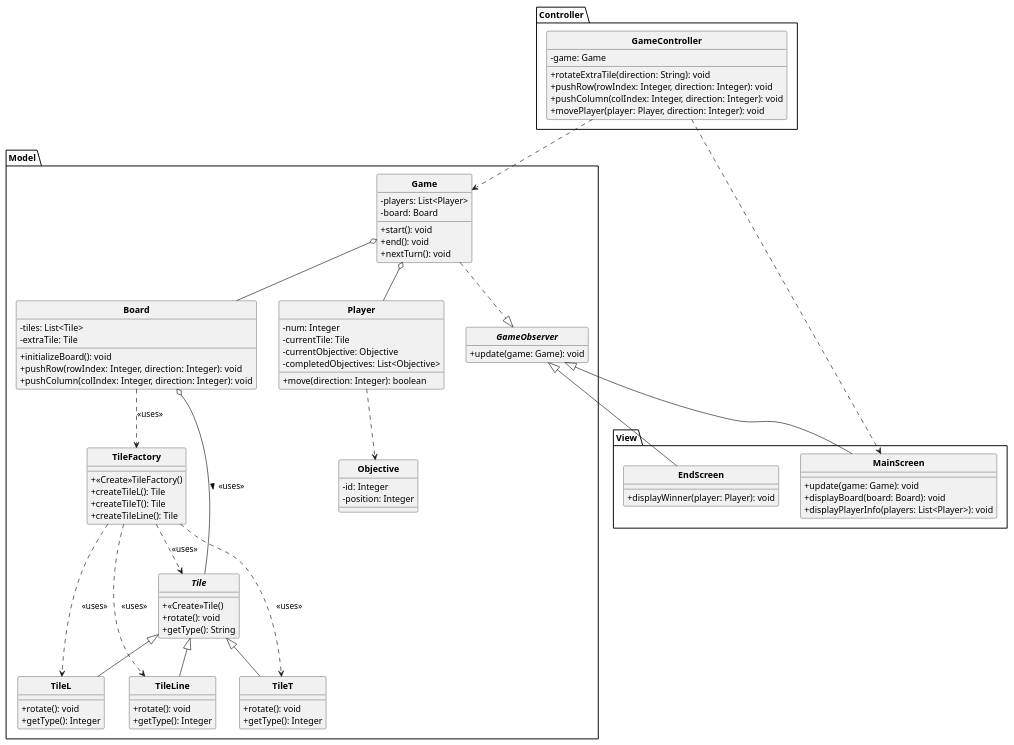
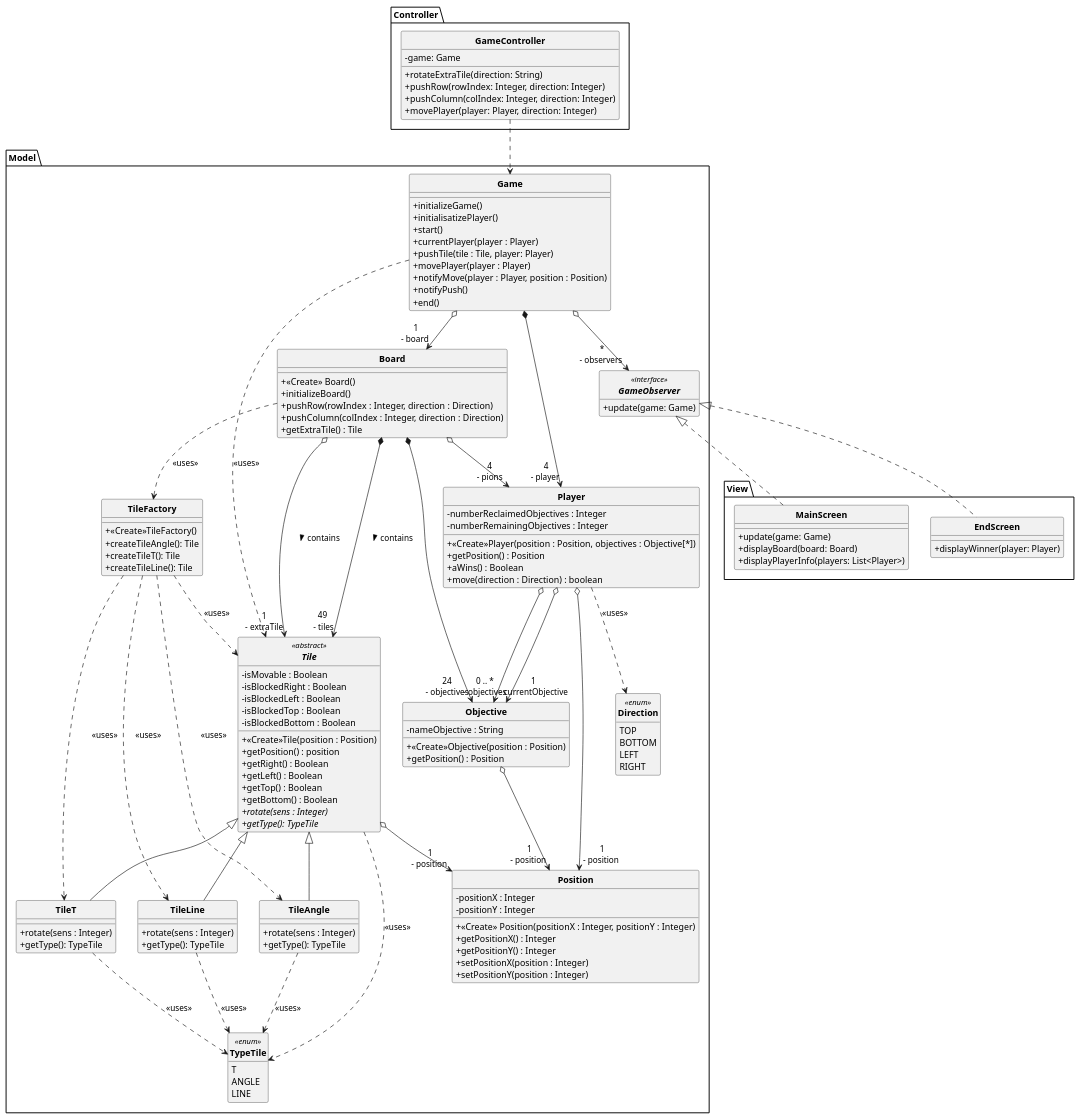
Before and after one commit to amine-benomar6/maze: the diagram in UML/puml_v1.puml, drawn with PlantUML.

Commit message:
Ajout de différentes methodes dans le modele

```diff
--- a/UML/puml_v1.puml
+++ b/UML/puml_v1.puml
@@ -1,108 +1,188 @@
 @startuml
 
 skinparam style strictuml
 skinparam classAttributeIconSize 0
 skinparam classFontStyle Bold
 hide enum methods
 hide interface attributes
 
-package Model {
-    abstract Tile {
-        +<<Create>>Tile()
-        +rotate(): void
-        +getType(): String
-    }
-    class TileT extends Tile {
-        +rotate(): void
-        +getType(): Integer
-    }
-    class TileLine extends Tile {
-        +rotate(): void
-        +getType(): Integer
-    }
-    class TileL extends Tile {
-        +rotate(): void
-        +getType(): Integer
+package Model
+{
+    abstract Tile <<abstract>>
+    {
+        - isMovable : Boolean
+        - isBlockedRight : Boolean
+        - isBlockedLeft : Boolean
+        - isBlockedTop : Boolean
+        - isBlockedBottom : Boolean
+        + <<Create>>Tile(position : Position)
+        + getPosition() : position
+        + getRight() : Boolean
+        + getLeft() : Boolean
+        + getTop() : Boolean
+        + getBottom() : Boolean
+         {abstract} + rotate(sens : Integer)
+        {abstract} +getType(): TypeTile
     }
 
-    class TileFactory {
+    class TileT extends Tile
+    {
+        + rotate(sens : Integer)
+        +getType(): TypeTile
+    }
+
+    class TileLine extends Tile
+    {
+        + rotate(sens : Integer)
+        +getType(): TypeTile
+    }
+
+    class TileAngle extends Tile
+    {
+        + rotate(sens : Integer)
+        +getType(): TypeTile
+    }
+
+    class TileFactory
+    {
         +<<Create>>TileFactory()
-        +createTileL(): Tile
+        +createTileAngle(): Tile
         +createTileT(): Tile
         +createTileLine(): Tile
     }
 
-    class Board {
-        -tiles: List<Tile>
-        -extraTile: Tile
-        +initializeBoard(): void
-        +pushRow(rowIndex: Integer, direction: Integer): void
-        +pushColumn(colIndex: Integer, direction: Integer): void
+    enum Direction <<enum>>
+    {
+         TOP
+         BOTTOM
+         LEFT
+         RIGHT
     }
 
-    class Objective {
-        -id: Integer
-        -position: Integer
+    enum TypeTile <<enum>>
+    {
+         T
+         ANGLE
+         LINE
     }
 
-    class Player {
-        -num: Integer
-        -currentTile: Tile
-        -currentObjective: Objective
-        -completedObjectives: List<Objective>
-        +move(direction: Integer): boolean
+    class Board
+    {
+        +<<Create>> Board()
+        +initializeBoard()
+        +pushRow(rowIndex : Integer, direction : Direction)
+        +pushColumn(colIndex : Integer, direction : Direction)
+        +getExtraTile() : Tile
     }
 
-    class Game {
-        -players: List<Player>
-        -board: Board
-        +start(): void
-        +end(): void
-        +nextTurn(): void
+    class Objective
+    {
+        - nameObjective : String
+        + <<Create>>Objective(position : Position)
+        +getPosition() : Position
     }
 
-    interface GameObserver {
-        +update(game: Game): void
+    class Player
+    {
+        -numberReclaimedObjectives : Integer
+        -numberRemainingObjectives : Integer
+        +<<Create>>Player(position : Position, objectives : Objective[*])
+        +getPosition() : Position
+        +aWins() : Boolean
+        +move(direction : Direction) : boolean
+    }
+
+    class Game
+    {
+        +initializeGame()
+        +initialisatizePlayer()
+        +start()
+        +currentPlayer(player : Player)
+        +pushTile(tile : Tile, player: Player)
+        +movePlayer(player : Player)
+        +notifyMove(player : Player, position : Position)
+        +notifyPush()
+        +end()
+    }
+
+    interface GameObserver <<interface>>
+    {
+        +update(game: Game)
+    }
+
+    class Position
+    {
+        + <<Create>> Position(positionX : Integer, positionY : Integer)
+        - positionX : Integer
+        - positionY : Integer
+        + getPositionX() : Integer
+        + getPositionY() : Integer
+        + setPositionX(position : Integer)
+        + setPositionY(position : Integer)
     }
 }
 
-package View {
-    class MainScreen {
-        +update(game: Game): void
-        +displayBoard(board: Board): void
-        +displayPlayerInfo(players: List<Player>): void
+package View
+{
+    class MainScreen implements Model.GameObserver
+   {
+        +update(game: Game)
+        +displayBoard(board: Board)
+        +displayPlayerInfo(players: List<Player>)
     }
-    class EndScreen {
-        +displayWinner(player: Player): void
+    class EndScreen implements Model.GameObserver
+    {
+        +displayWinner(player: Player)
     }
 }
 
-package Controller {
-    class GameController {
+package Controller
+{
+    class GameController
+    {
         -game: Game
-        +rotateExtraTile(direction: String): void
-        +pushRow(rowIndex: Integer, direction: Integer): void
-        +pushColumn(colIndex: Integer, direction: Integer): void
-        +movePlayer(player: Player, direction: Integer): void
+        +rotateExtraTile(direction: String)
+        +pushRow(rowIndex: Integer, direction: Integer)
+        +pushColumn(colIndex: Integer, direction: Integer)
+        +movePlayer(player: Player, direction: Integer)
     }
 }
 
 TileFactory ..> Tile : <<uses>>
 TileFactory ..> TileT : <<uses>>
-TileFactory ..> TileL : <<uses>>
+TileFactory ..> TileAngle : <<uses>>
 TileFactory ..> TileLine : <<uses>>
 
+Tile ..> TypeTile : <<uses>>
+TileT ..> TypeTile : <<uses>>
+TileAngle ..> TypeTile : <<uses>>
+TileLine ..> TypeTile : <<uses>>
+
+Player ..> Direction : <<uses>>
+
+Game ..> Tile : <<uses>>
+
+Tile o--> "  1\n - position" Position
+Player o--> "  1\n - position" Position
+Objective o--> "  1\n - position" Position
+
+
 Board ..> TileFactory : <<uses>>
-Game o-- Board
-Game o-- Player
-Player ..> Objective
-Game ..|> GameObserver
-Board o-- Tile : > <<uses>>
+Game o--> "  1\n - board" Board
+Game *--> "  4\n - player"Player
+Game o--> "  *\n - observers" GameObserver
 
-GameObserver <|-- MainScreen
-GameObserver <|-- EndScreen
+Player o--> "1\n- currentObjective" Objective
+Player o--> "0 .. *\n- objectives" Objective
+Board *--> "49 \n- tiles" Tile : > contains
+Board o--> "1\n- extraTile" Tile : > contains
+Board *--> "24\n- objectives" Objective
+Board o--> "4\n- pions" Player
+
+
+
+
 
 GameController ..> Game
-GameController ..> MainScreen
 
 @enduml
```
